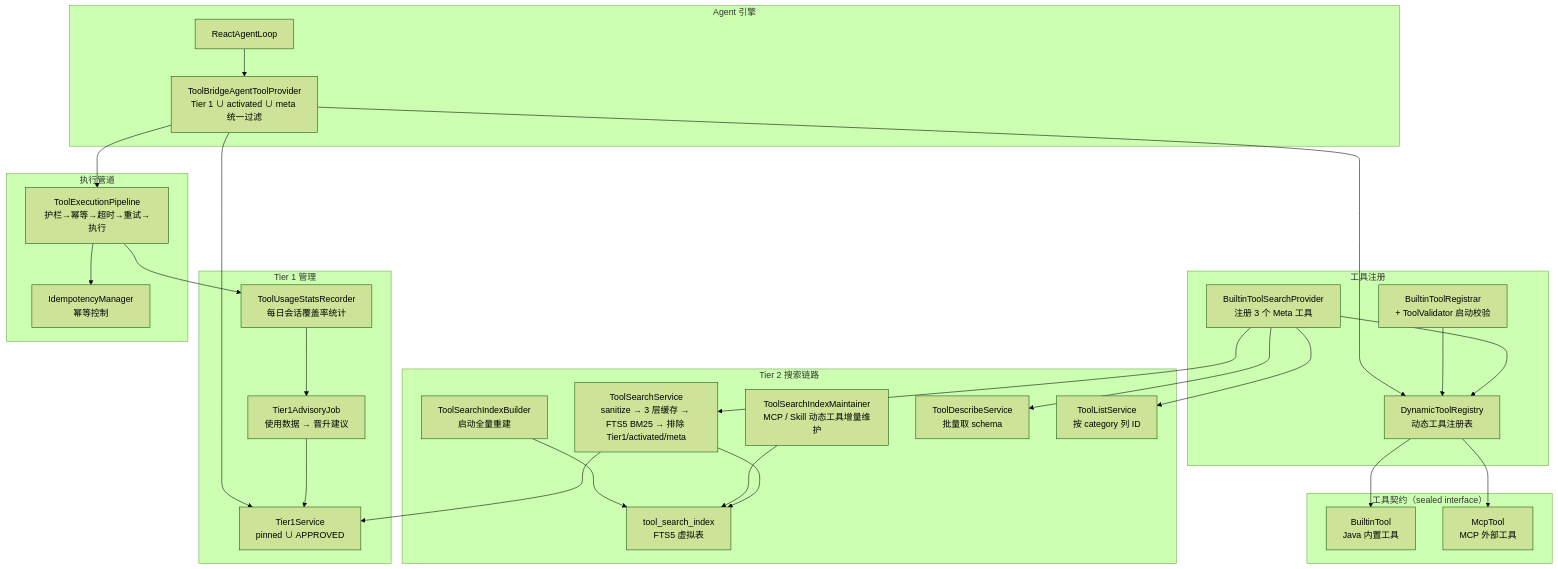
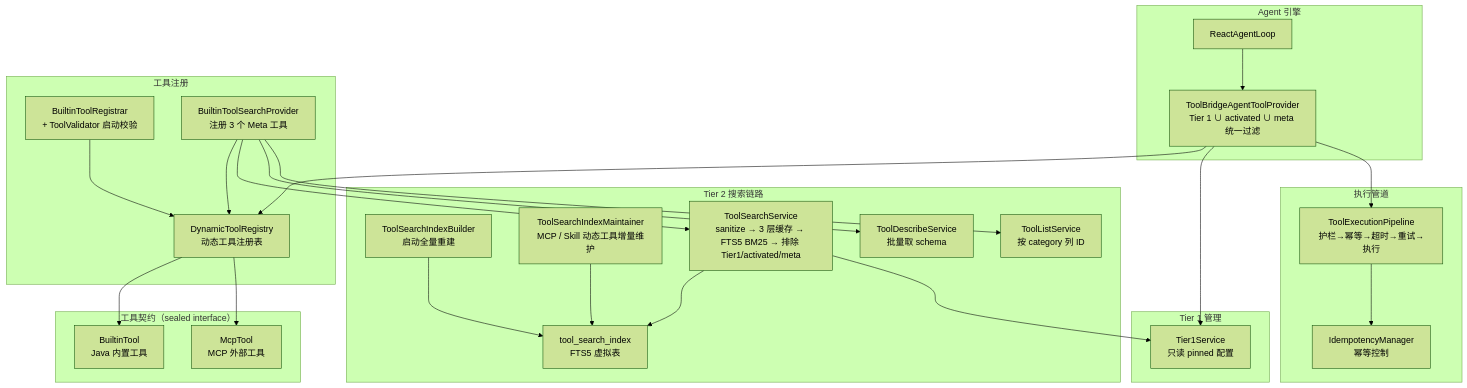
The first of 3 diagrams in docs/architecture/tool-ecosystem.md (ntygod/LifePilot), drawn with Mermaid (forest theme) before and after one commit. The commit also changed other lines of this file and 79 other files, not shown here.

````diff
--- a/docs/architecture/tool-ecosystem.md
+++ b/docs/architecture/tool-ecosystem.md
@@ -25,57 +27,52 @@
 ```mermaid
 graph TB
     subgraph "Agent 引擎"
         AGENT["ReactAgentLoop"]
         BRIDGE["ToolBridgeAgentToolProvider<br/>Tier 1 ∪ activated ∪ meta 统一过滤"]
     end
 
     subgraph "工具注册"
         REG["DynamicToolRegistry<br/>动态工具注册表"]
         BUILTIN_REG["BuiltinToolRegistrar<br/>+ ToolValidator 启动校验"]
         META_REG["BuiltinToolSearchProvider<br/>注册 3 个 Meta 工具"]
     end
 
     subgraph "工具契约（sealed interface）"
         BUILTIN["BuiltinTool<br/>Java 内置工具"]
         MCP_TOOL["McpTool<br/>MCP 外部工具"]
     end
 
     subgraph "Tier 1 管理"
-        TIER1_SVC["Tier1Service<br/>pinned ∪ APPROVED"]
-        ADVISORY["Tier1AdvisoryJob<br/>使用数据 → 晋升建议"]
-        USAGE["ToolUsageStatsRecorder<br/>每日会话覆盖率统计"]
+        TIER1_SVC["Tier1Service<br/>只读 pinned 配置"]
     end
 
     subgraph "Tier 2 搜索链路"
         INDEX_BUILD["ToolSearchIndexBuilder<br/>启动全量重建"]
         INDEX_MAINT["ToolSearchIndexMaintainer<br/>MCP / Skill 动态工具增量维护"]
         SEARCH_SVC["ToolSearchService<br/>sanitize → 3 层缓存 → FTS5 BM25 → 排除 Tier1/activated/meta"]
         DESCRIBE_SVC["ToolDescribeService<br/>批量取 schema"]
         LIST_SVC["ToolListService<br/>按 category 列 ID"]
         FTS["tool_search_index<br/>FTS5 虚拟表"]
     end
 
     subgraph "执行管道"
         PIPE["ToolExecutionPipeline<br/>护栏→幂等→超时→重试→执行"]
         IDEM["IdempotencyManager<br/>幂等控制"]
     end
 
     AGENT --> BRIDGE --> REG
     BRIDGE --> TIER1_SVC
     BUILTIN_REG --> REG
     META_REG --> REG
     REG --> BUILTIN
     REG --> MCP_TOOL
     BRIDGE --> PIPE
     PIPE --> IDEM
-    PIPE --> USAGE
-    USAGE --> ADVISORY
-    ADVISORY --> TIER1_SVC
     INDEX_BUILD --> FTS
     INDEX_MAINT --> FTS
     SEARCH_SVC --> FTS
     SEARCH_SVC --> TIER1_SVC
     META_REG --> SEARCH_SVC
     META_REG --> DESCRIBE_SVC
     META_REG --> LIST_SVC
 ```
````
